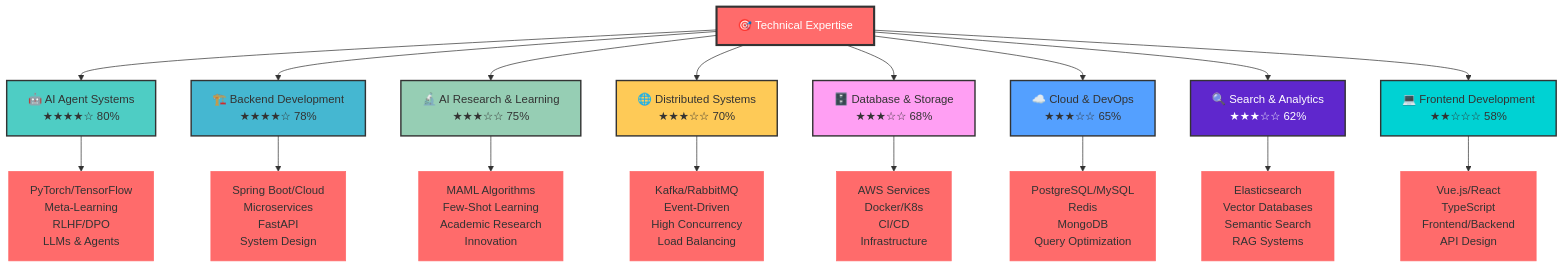
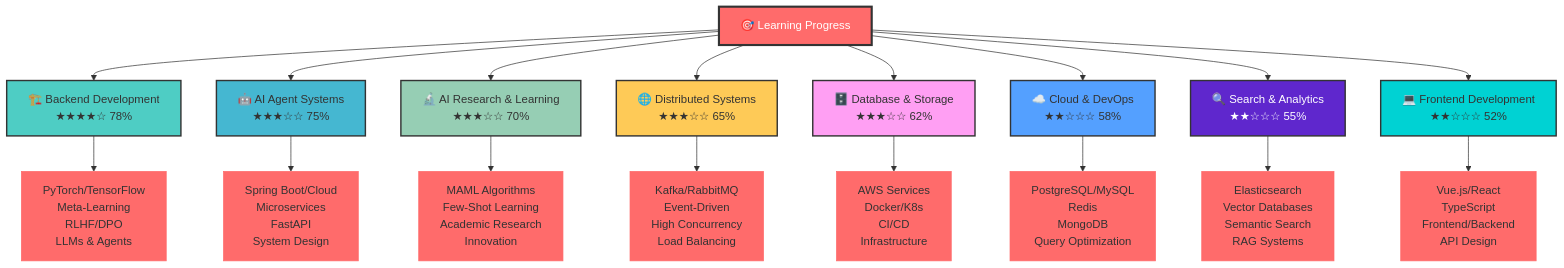
One commit to PrescottClub/PrescottClub changed the diagram in README.md. Above: the diagram before and after it, drawn with Mermaid. The commit also changed other lines of this file, not shown here.

First line of the commit message:
Embrace humble learning mindset: Java journey since 2017

````diff
--- a/README.md
+++ b/README.md
@@ -75,31 +75,31 @@
 ```mermaid
 %%{init: {'theme':'base', 'themeVariables': { 'primaryColor': '#ff6b6b', 'primaryTextColor': '#333', 'primaryBorderColor': '#ff6b6b', 'lineColor': '#333', 'secondaryColor': '#006100', 'tertiaryColor': '#fff'}}}%%
 graph TD
-    A[🎯 Technical Expertise] --> B[🤖 AI Agent Systems<br/>★★★★☆ 80%]
-    A --> C[🏗️ Backend Development<br/>★★★★☆ 78%]
-    A --> D[🔬 AI Research & Learning<br/>★★★☆☆ 75%]
-    A --> E[🌐 Distributed Systems<br/>★★★☆☆ 70%]
-    A --> F[🗄️ Database & Storage<br/>★★★☆☆ 68%]
-    A --> G[☁️ Cloud & DevOps<br/>★★★☆☆ 65%]
-    A --> H[🔍 Search & Analytics<br/>★★★☆☆ 62%]
-    A --> I[💻 Frontend Development<br/>★★☆☆☆ 58%]
+    A[🎯 Learning Progress] --> B[🏗️ Backend Development<br/>★★★★☆ 78%]
+    A --> C[🤖 AI Agent Systems<br/>★★★☆☆ 75%]
+    A --> D[🔬 AI Research & Learning<br/>★★★☆☆ 70%]
+    A --> E[🌐 Distributed Systems<br/>★★★☆☆ 65%]
+    A --> F[🗄️ Database & Storage<br/>★★★☆☆ 62%]
+    A --> G[☁️ Cloud & DevOps<br/>★★☆☆☆ 58%]
+    A --> H[🔍 Search & Analytics<br/>★★☆☆☆ 55%]
+    A --> I[💻 Frontend Development<br/>★★☆☆☆ 52%]
 
     B --> B1[PyTorch/TensorFlow<br/>Meta-Learning<br/>RLHF/DPO<br/>LLMs & Agents]
     C --> C1[Spring Boot/Cloud<br/>Microservices<br/>FastAPI<br/>System Design]
     D --> D1[MAML Algorithms<br/>Few-Shot Learning<br/>Academic Research<br/>Innovation]
     E --> E1[Kafka/RabbitMQ<br/>Event-Driven<br/>High Concurrency<br/>Load Balancing]
     F --> F1[AWS Services<br/>Docker/K8s<br/>CI/CD<br/>Infrastructure]
     G --> G1[PostgreSQL/MySQL<br/>Redis<br/>MongoDB<br/>Query Optimization]
     H --> H1[Elasticsearch<br/>Vector Databases<br/>Semantic Search<br/>RAG Systems]
     I --> I1[Vue.js/React<br/>TypeScript<br/>Frontend/Backend<br/>API Design]
 
     style A fill:#ff6b6b,stroke:#333,stroke-width:3px,color:#fff
     style B fill:#4ecdc4,stroke:#333,stroke-width:2px
     style C fill:#45b7d1,stroke:#333,stroke-width:2px
     style D fill:#96ceb4,stroke:#333,stroke-width:2px
     style E fill:#feca57,stroke:#333,stroke-width:2px
     style F fill:#ff9ff3,stroke:#333,stroke-width:2px
     style G fill:#54a0ff,stroke:#333,stroke-width:2px
     style H fill:#5f27cd,stroke:#333,stroke-width:2px,color:#fff
     style I fill:#00d2d3,stroke:#333,stroke-width:2px
 ```
````
